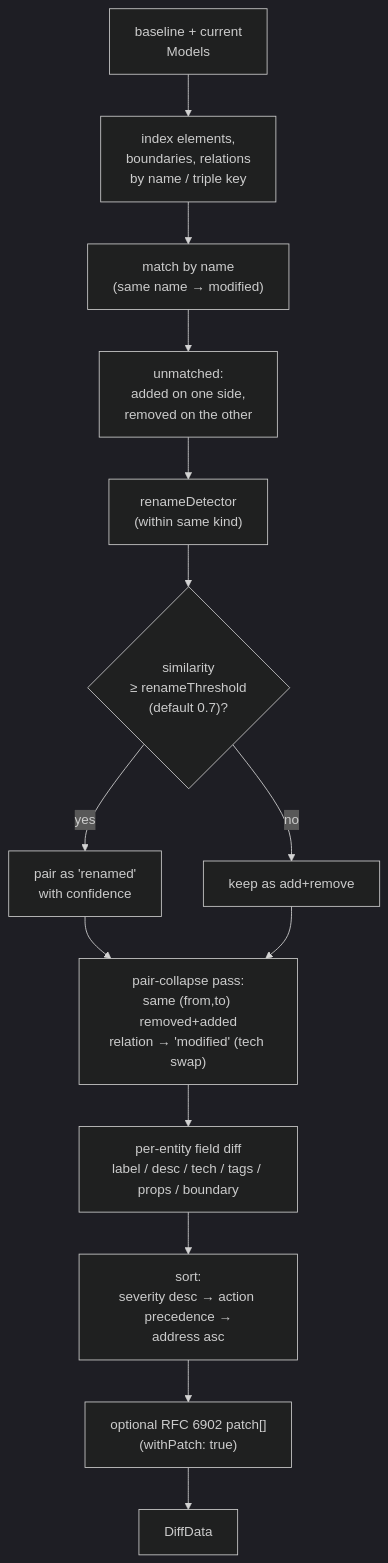
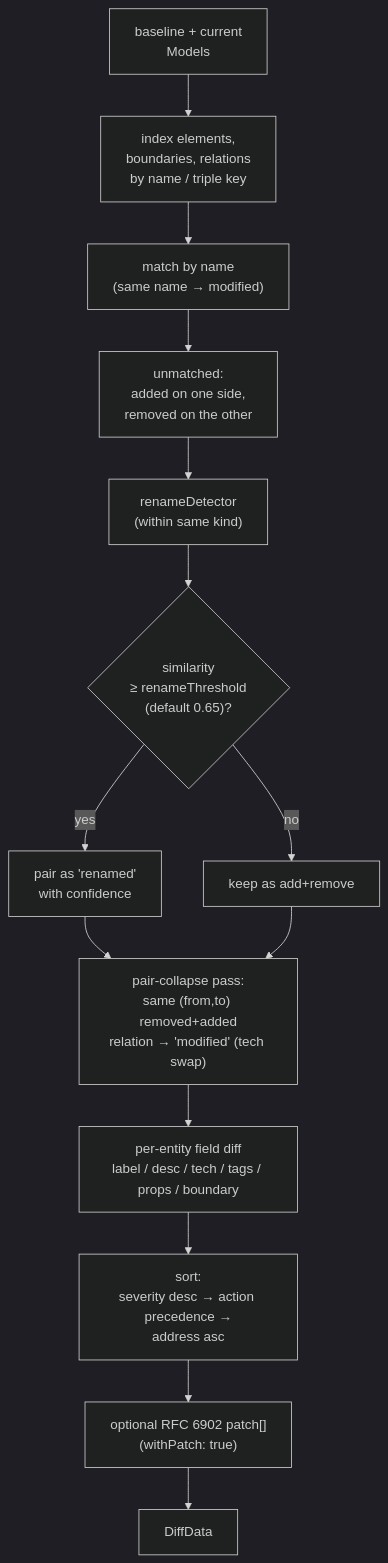
One commit to adapstory/aact changed the diagram in src/diff/README.md. Above: the diagram before and after it, drawn with Mermaid (dark theme). The commit also changed other lines of this file and 8 other files, not shown here.

First line of the commit message:
feat(diff): description + properties signals in rename similarity

````diff
--- a/src/diff/README.md
+++ b/src/diff/README.md
@@ -69,16 +115,16 @@
 ```mermaid
 flowchart TD
   Inputs[baseline + current<br/>Models] --> Index["index elements,<br/>boundaries, relations<br/>by name / triple key"]
   Index --> Match["match by name<br/>(same name → modified)"]
   Match --> Unmatched["unmatched:<br/>added on one side,<br/>removed on the other"]
   Unmatched --> Rename["renameDetector<br/>(within same kind)"]
-  Rename --> Threshold{"similarity<br/>≥ renameThreshold<br/>(default 0.7)?"}
+  Rename --> Threshold{"similarity<br/>≥ renameThreshold<br/>(default 0.65)?"}
   Threshold -- "yes" --> Renamed["pair as 'renamed'<br/>with confidence"]
   Threshold -- "no" --> Keep["keep as add+remove"]
   Renamed --> Collapse["pair-collapse pass:<br/>same (from,to) removed+added<br/>relation → 'modified' (tech swap)"]
   Keep --> Collapse
   Collapse --> Field["per-entity field diff<br/>label / desc / tech / tags / props / boundary"]
   Field --> Sort["sort:<br/>severity desc → action precedence →<br/>address asc"]
   Sort --> Patch["optional RFC 6902 patch[]<br/>(withPatch: true)"]
   Patch --> Output["DiffData"]
 ```
````
